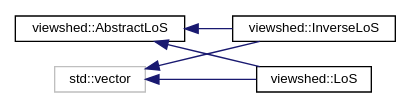
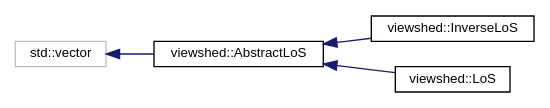
The diagram in inherit_graph_4.dot (JanCaha/cpp-viewshed-library), drawn with Graphviz before and after one commit. The commit also changed 82 other files, not shown here.

```diff
--- a/inherit_graph_4.dot
+++ b/inherit_graph_4.dot
@@ -1,15 +1,14 @@
 digraph "Graphical Class Hierarchy"
 {
  // LATEX_PDF_SIZE
   edge [fontname="Helvetica",fontsize="10",labelfontname="Helvetica",labelfontsize="10"];
   node [fontname="Helvetica",fontsize="10",shape=record];
   rankdir="LR";
+  Node35 [label="std::vector",height=0.2,width=0.4,color="grey75", fillcolor="white", style="filled",tooltip=" "];
+  Node35 -> Node0 [dir="back",color="midnightblue",fontsize="10",style="solid",fontname="Helvetica"];
   Node0 [label="viewshed::AbstractLoS",height=0.2,width=0.4,color="black", fillcolor="white", style="filled",URL="$classviewshed_1_1AbstractLoS.html",tooltip="Abstract class that represent line-of-sight (LoS). Consists of LoSNodes, view point and target point ..."];
   Node0 -> Node1 [dir="back",color="midnightblue",fontsize="10",style="solid",fontname="Helvetica"];
   Node1 [label="viewshed::InverseLoS",height=0.2,width=0.4,color="black", fillcolor="white", style="filled",URL="$classviewshed_1_1InverseLoS.html",tooltip="Class that represents InverseLoS, that is LoS used in Inverse Viewshed calculation."];
   Node0 -> Node2 [dir="back",color="midnightblue",fontsize="10",style="solid",fontname="Helvetica"];
   Node2 [label="viewshed::LoS",height=0.2,width=0.4,color="black", fillcolor="white", style="filled",URL="$classviewshed_1_1LoS.html",tooltip="Class that represents LoS for classic Viewshed calculation."];
-  Node38 [label="std::vector",height=0.2,width=0.4,color="grey75", fillcolor="white", style="filled",tooltip=" "];
-  Node38 -> Node1 [dir="back",color="midnightblue",fontsize="10",style="solid",fontname="Helvetica"];
-  Node38 -> Node2 [dir="back",color="midnightblue",fontsize="10",style="solid",fontname="Helvetica"];
 }
```
